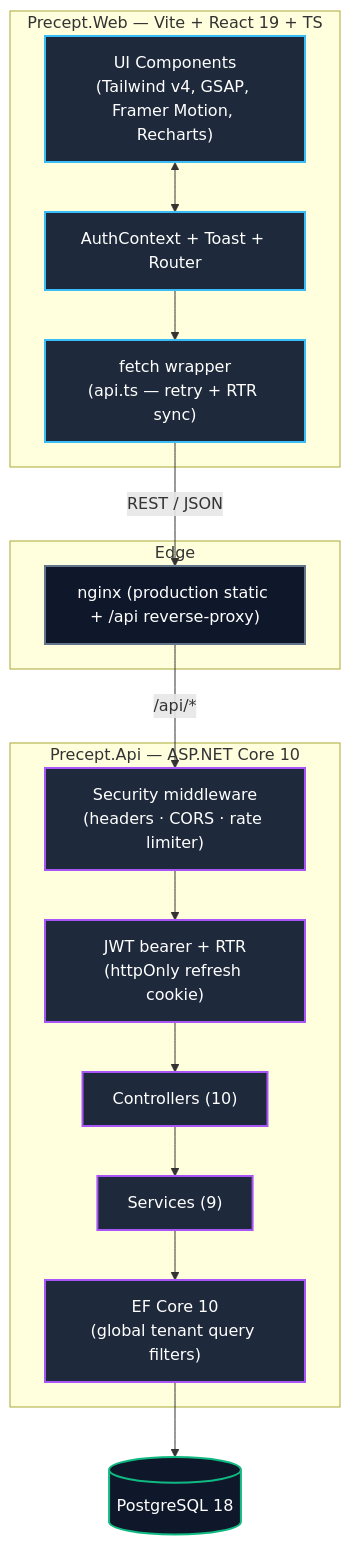
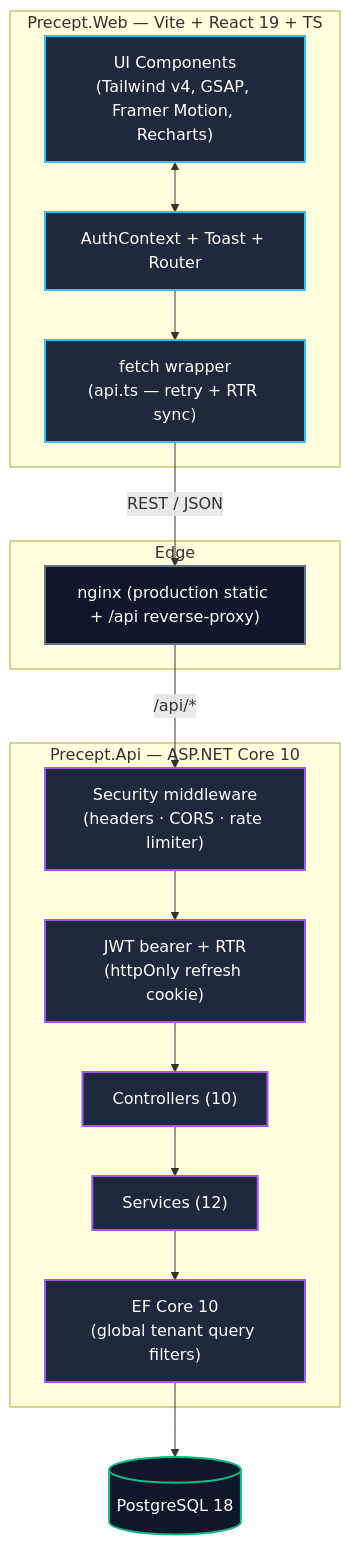
One commit to austinchima/Precept changed the first of 2 diagrams in README.md. Above: the diagram before and after it, drawn with Mermaid. The commit also changed other lines of this file and 58 other files, not shown here.

````diff
--- a/README.md
+++ b/README.md
@@ -70,37 +73,37 @@
 ```mermaid
 graph TD
     classDef frontend fill:#1E293B,stroke:#38BDF8,stroke-width:2px,color:#fff;
     classDef backend  fill:#1E293B,stroke:#A855F7,stroke-width:2px,color:#fff;
     classDef database fill:#0F172A,stroke:#10B981,stroke-width:2px,color:#fff;
     classDef edge     fill:#0F172A,stroke:#64748B,stroke-width:2px,color:#fff;
 
     subgraph Client ["Precept.Web — Vite + React 19 + TS"]
         UI["UI Components<br/>(Tailwind v4, GSAP, Framer Motion, Recharts)"]:::frontend
         Ctx["AuthContext + Toast + Router"]:::frontend
         HTTP["fetch wrapper<br/>(api.ts — retry + RTR sync)"]:::frontend
     end
 
     subgraph Edge ["Edge"]
         NG["nginx (production static + /api reverse-proxy)"]:::edge
     end
 
     subgraph Server ["Precept.Api — ASP.NET Core 10"]
         SEC["Security middleware<br/>(headers · CORS · rate limiter)"]:::backend
         AUTH["JWT bearer + RTR<br/>(httpOnly refresh cookie)"]:::backend
         CTRL["Controllers (10)"]:::backend
-        SVC["Services (9)"]:::backend
+        SVC["Services (12)"]:::backend
         EF["EF Core 10<br/>(global tenant query filters)"]:::backend
     end
 
     DB[("PostgreSQL 18")]:::database
 
     UI <--> Ctx
     Ctx --> HTTP
     HTTP -->|REST / JSON| NG
     NG -->|/api/*| SEC
     SEC --> AUTH
     AUTH --> CTRL
     CTRL --> SVC
     SVC --> EF
     EF --> DB
 ```
````
